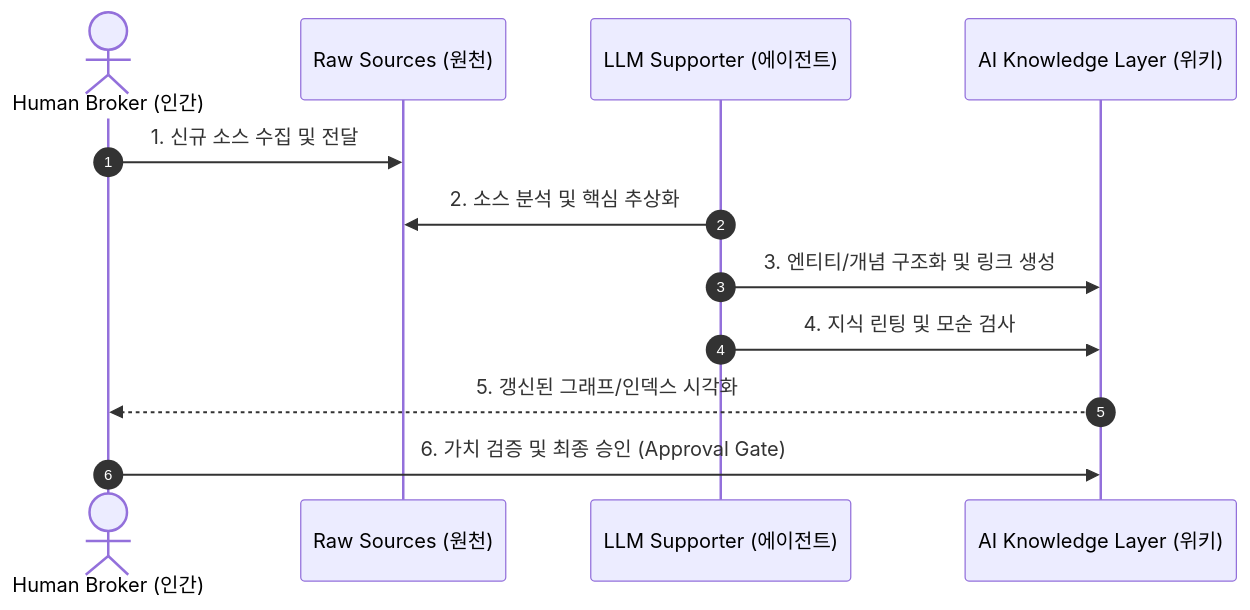
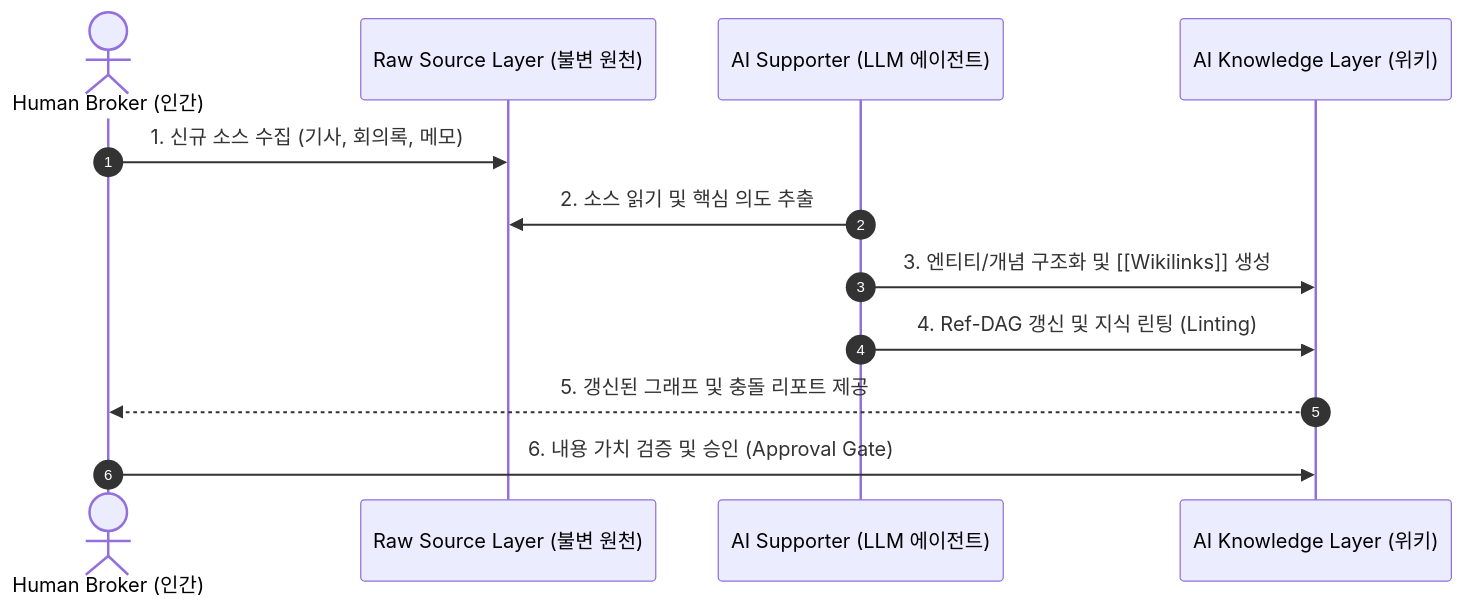
One commit to chaehwanli/bifacewiki changed the second of 2 diagrams in .doc/0802_human_ai_knowledge_architecture.md. Above: the diagram before and after it, drawn with Mermaid. The commit also changed other lines of this file and 1 other file, not shown here.

Commit message:
.doc/0802_human_ai_knowledge_architecture.md  문서의 서술을 훨씬 풍부하게 확장하고, 주요 전문 용어들에 대한 상세한 해설을 보강

````diff
--- a/.doc/0802_human_ai_knowledge_architecture.md
+++ b/.doc/0802_human_ai_knowledge_architecture.md
@@ -110,15 +168,15 @@
 ```mermaid
 sequenceDiagram
     autonumber
     actor Human as Human Broker (인간)
-    participant Raw as Raw Sources (원천)
-    participant Agent as LLM Supporter (에이전트)
+    participant Raw as Raw Source Layer (불변 원천)
+    participant Agent as AI Supporter (LLM 에이전트)
     participant Wiki as AI Knowledge Layer (위키)
     
-    Human->>Raw: 1. 신규 소스 수집 및 전달
-    Agent->>Raw: 2. 소스 분석 및 핵심 추상화
-    Agent->>Wiki: 3. 엔티티/개념 구조화 및 링크 생성
-    Agent->>Wiki: 4. 지식 린팅 및 모순 검사
-    Wiki-->>Human: 5. 갱신된 그래프/인덱스 시각화
-    Human->>Wiki: 6. 가치 검증 및 최종 승인 (Approval Gate)
+    Human->>Raw: 1. 신규 소스 수집 (기사, 회의록, 메모)
+    Agent->>Raw: 2. 소스 읽기 및 핵심 의도 추출
+    Agent->>Wiki: 3. 엔티티/개념 구조화 및 [[Wikilinks]] 생성
+    Agent->>Wiki: 4. Ref-DAG 갱신 및 지식 린팅 (Linting)
+    Wiki-->>Human: 5. 갱신된 그래프 및 충돌 리포트 제공
+    Human->>Wiki: 6. 내용 가치 검증 및 승인 (Approval Gate)
 ```
````
